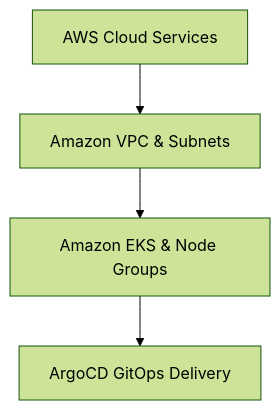
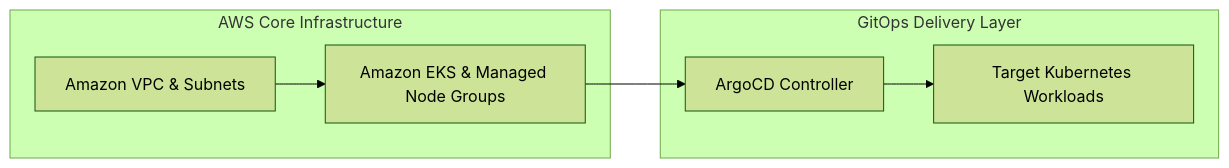
Before and after one commit to tatan461/terraform-aws-eks-gitops: the diagram in README.md, drawn with Mermaid (forest theme). The commit also changed other lines of this file, not shown here.

First line of the commit message:
Revise README with updated architecture and commands

````diff
--- a/README.md
+++ b/README.md
@@ -20,6 +20,11 @@
 ```mermaid
-flowchart TD
-    Services[AWS Cloud Services] --> VPC[Amazon VPC & Subnets]
-    VPC --> EKS[Amazon EKS & Node Groups]
-    EKS --> ArgoCD[ArgoCD GitOps Delivery]
+graph LR
+    subgraph AWS Core Infrastructure
+        A[Amazon VPC & Subnets] --> B[Amazon EKS & Managed Node Groups]
+    end
+
+    subgraph GitOps Delivery Layer
+        B --> C[ArgoCD Controller]
+        C --> D[Target Kubernetes Workloads]
+    end
 ```
````
